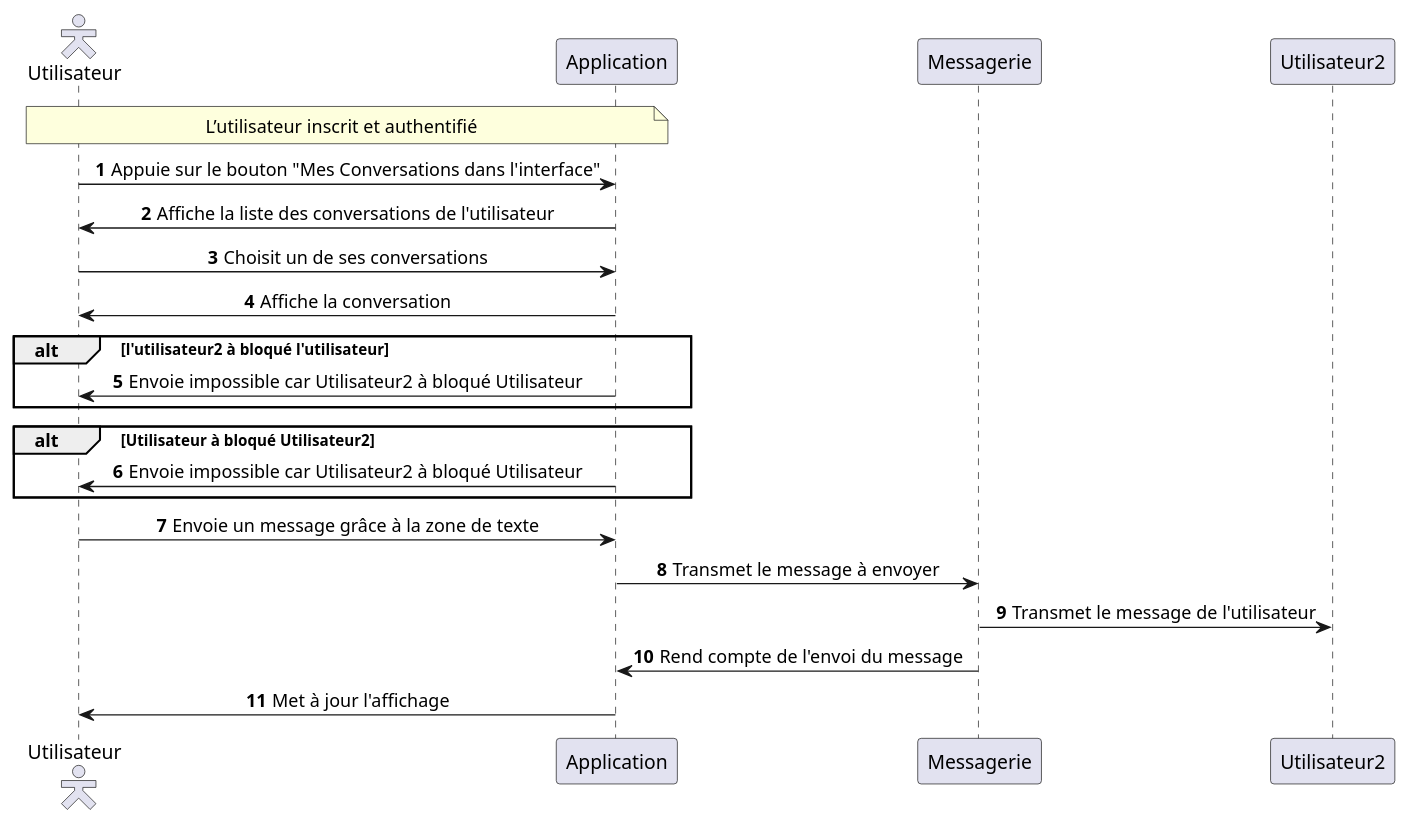
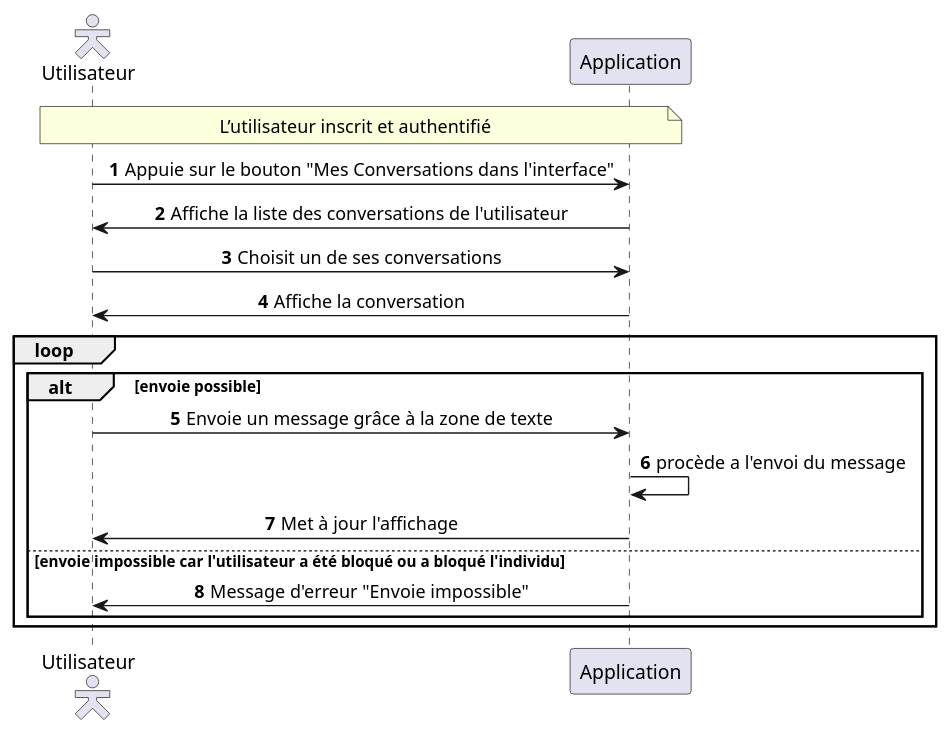
The diagram in src/Description_des_scenarios_Messages_envoyer_message_prive.puml (MinaroliCorentin/PSO), drawn with PlantUML before and after one commit. The commit also changed 15 other files, not shown here.

```diff
--- a/src/Description_des_scenarios_Messages_envoyer_message_prive.puml
+++ b/src/Description_des_scenarios_Messages_envoyer_message_prive.puml
@@ -1,34 +1,29 @@
 @startuml
 autonumber
 skinparam sequenceMessageAlign center
 skinparam actorStyle hollow
 
 actor "Utilisateur" as user
 participant "Application" as app
-participant "Messagerie" as messagerie
-participant "Utilisateur2" as user2
 
 note over user, app
 L’utilisateur inscrit et authentifié
 end note
 
 user -> app : Appuie sur le bouton "Mes Conversations dans l'interface"
 app -> user : Affiche la liste des conversations de l'utilisateur
 user -> app : Choisit un de ses conversations
 app -> user : Affiche la conversation
 
-alt  l'utilisateur2 à bloqué l'utilisateur
-    app -> user :Envoie impossible car Utilisateur2 à bloqué Utilisateur
+loop
+alt envoie possible
+    user -> app : Envoie un message grâce à la zone de texte
+    app -> app : procède a l'envoi du message
+    app -> user : Met à jour l'affichage
+else envoie impossible car l'utilisateur a été bloqué ou a bloqué l'individu
+    app -> user : Message d'erreur "Envoie impossible"
+end
 end
 
-alt Utilisateur à bloqué Utilisateur2
-    app -> user :Envoie impossible car Utilisateur2 à bloqué Utilisateur
-end
-
-user -> app : Envoie un message grâce à la zone de texte
-app -> messagerie : Transmet le message à envoyer
-messagerie -> user2 : Transmet le message de l'utilisateur
-messagerie -> app : Rend compte de l'envoi du message
-app -> user : Met à jour l'affichage
 
 @enduml
```
